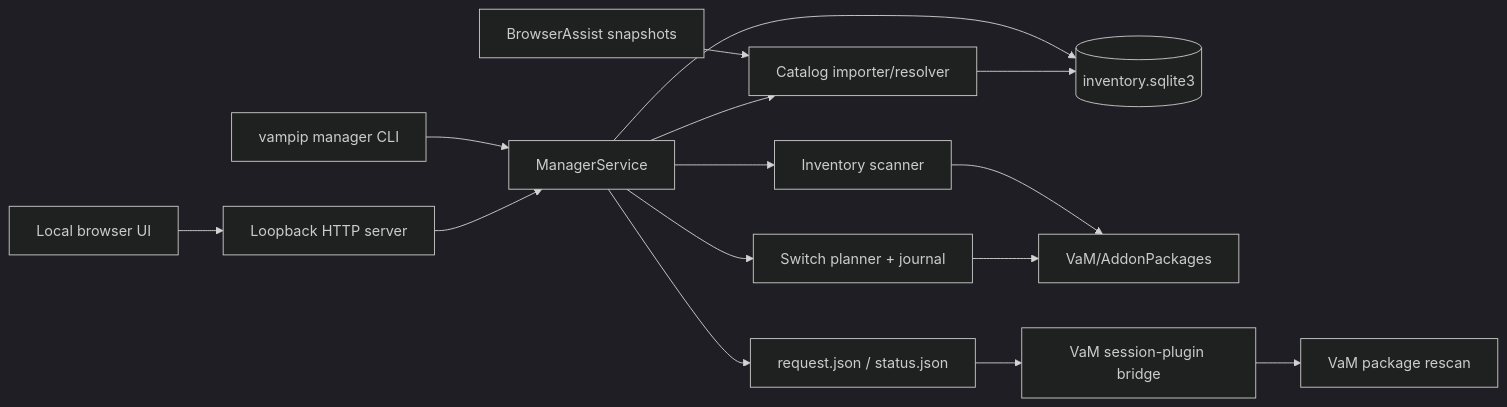
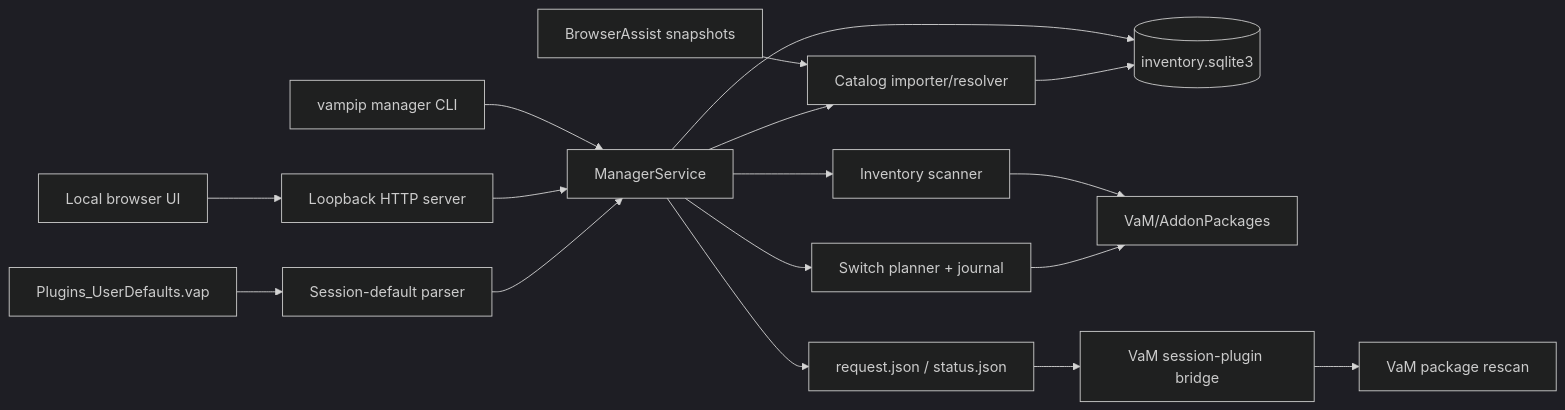
Before and after one commit to ethanfel/VAM-PIP: the diagram in docs/ARCHITECTURE.md, drawn with Mermaid (dark theme). The commit also changed other lines of this file and 15 other files, not shown here.

Commit message:
Preserve VaM session plugin defaults

````diff
--- a/docs/ARCHITECTURE.md
+++ b/docs/ARCHITECTURE.md
@@ -25,20 +25,23 @@
 ```mermaid
 flowchart LR
     CLI["vampip manager CLI"] --> Service["ManagerService"]
     Browser["Local browser UI"] --> HTTP["Loopback HTTP server"]
     HTTP --> Service
 
     Service --> State[("inventory.sqlite3")]
     Service --> Inventory["Inventory scanner"]
     Inventory --> Addons["VaM/AddonPackages"]
     Service --> Switcher["Switch planner + journal"]
     Switcher --> Addons
 
     BA["BrowserAssist snapshots"] --> Catalog["Catalog importer/resolver"]
     Catalog --> State
     Service --> Catalog
 
+    Defaults["Plugins_UserDefaults.vap"] --> SessionDefaults["Session-default parser"]
+    SessionDefaults --> Service
+
     Service --> Mailbox["request.json / status.json"]
     Mailbox --> Bridge["VaM session-plugin bridge"]
     Bridge --> VaM["VaM package rescan"]
 ```
````
